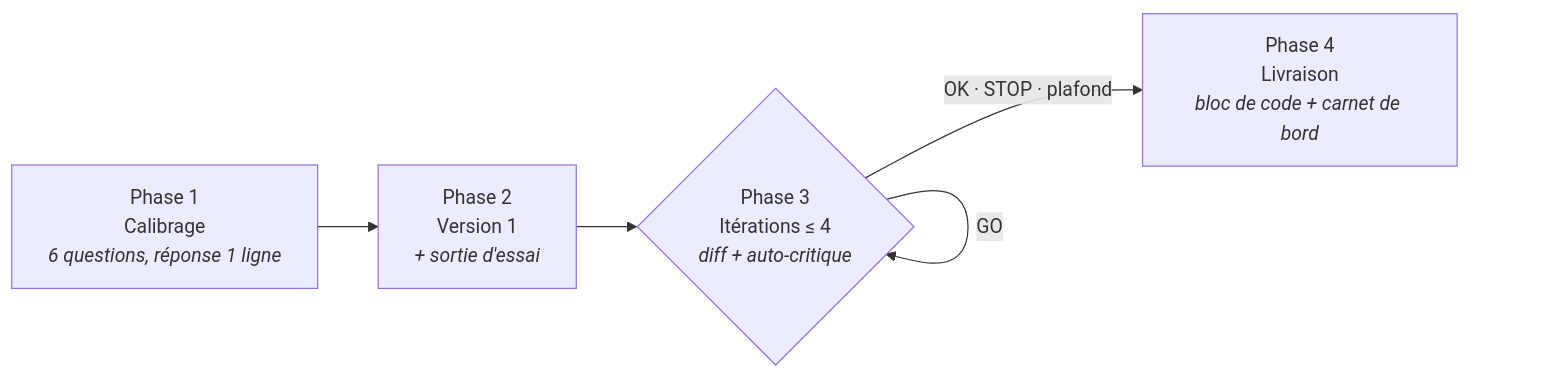
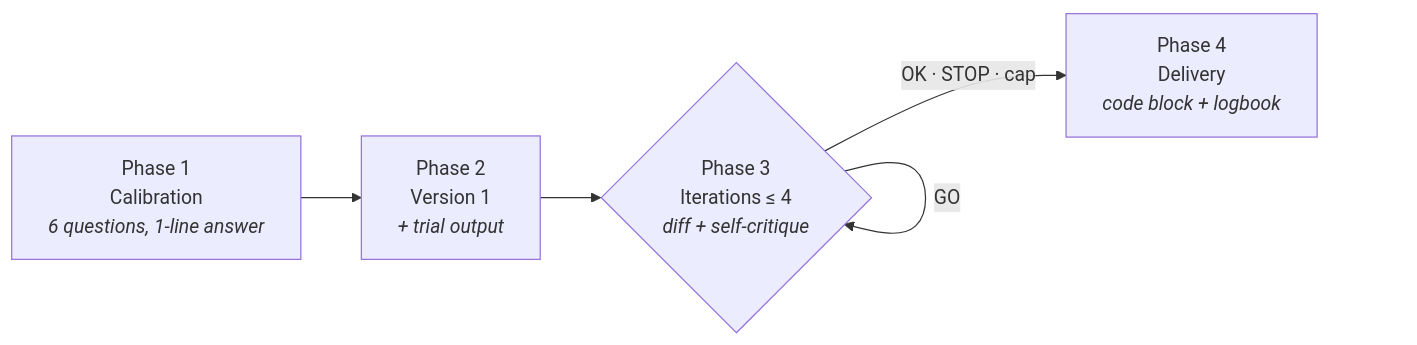
Before and after one commit to alebgl77/promptor: the first of 2 diagrams in README.md, drawn with Mermaid. The commit also changed other lines of this file and 1 other file, not shown here.

First line of the commit message:
docs: English README, French version in README.fr.md

````diff
--- a/README.md
+++ b/README.md
@@ -59,7 +63,7 @@
 ```mermaid
 flowchart LR
-    P1["Phase 1<br>Calibrage<br><i>6 questions, réponse 1 ligne</i>"] --> P2["Phase 2<br>Version 1<br><i>+ sortie d'essai</i>"]
-    P2 --> P3{"Phase 3<br>Itérations ≤ 4<br><i>diff + auto-critique</i>"}
+    P1["Phase 1<br>Calibration<br><i>6 questions, 1-line answer</i>"] --> P2["Phase 2<br>Version 1<br><i>+ trial output</i>"]
+    P2 --> P3{"Phase 3<br>Iterations ≤ 4<br><i>diff + self-critique</i>"}
     P3 -->|GO| P3
-    P3 -->|"OK · STOP · plafond"| P4["Phase 4<br>Livraison<br><i>bloc de code + carnet de bord</i>"]
+    P3 -->|"OK · STOP · cap"| P4["Phase 4<br>Delivery<br><i>code block + logbook</i>"]
 ```
````
